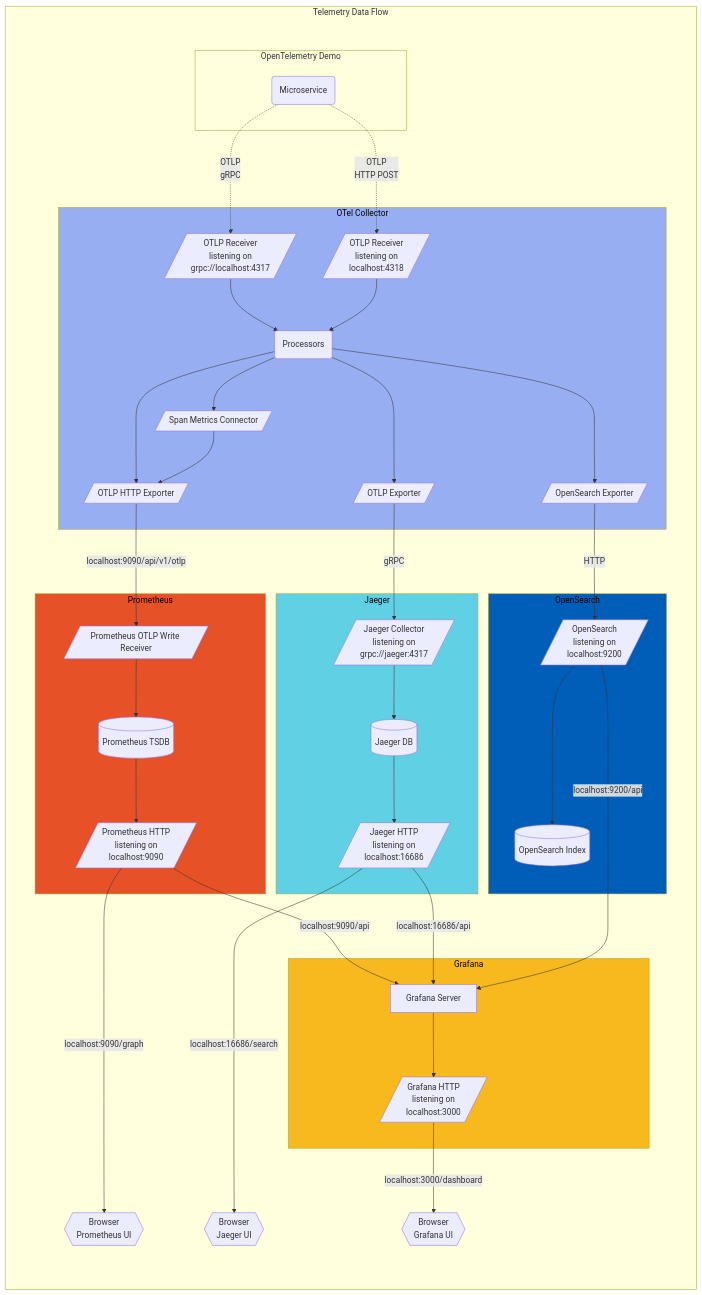
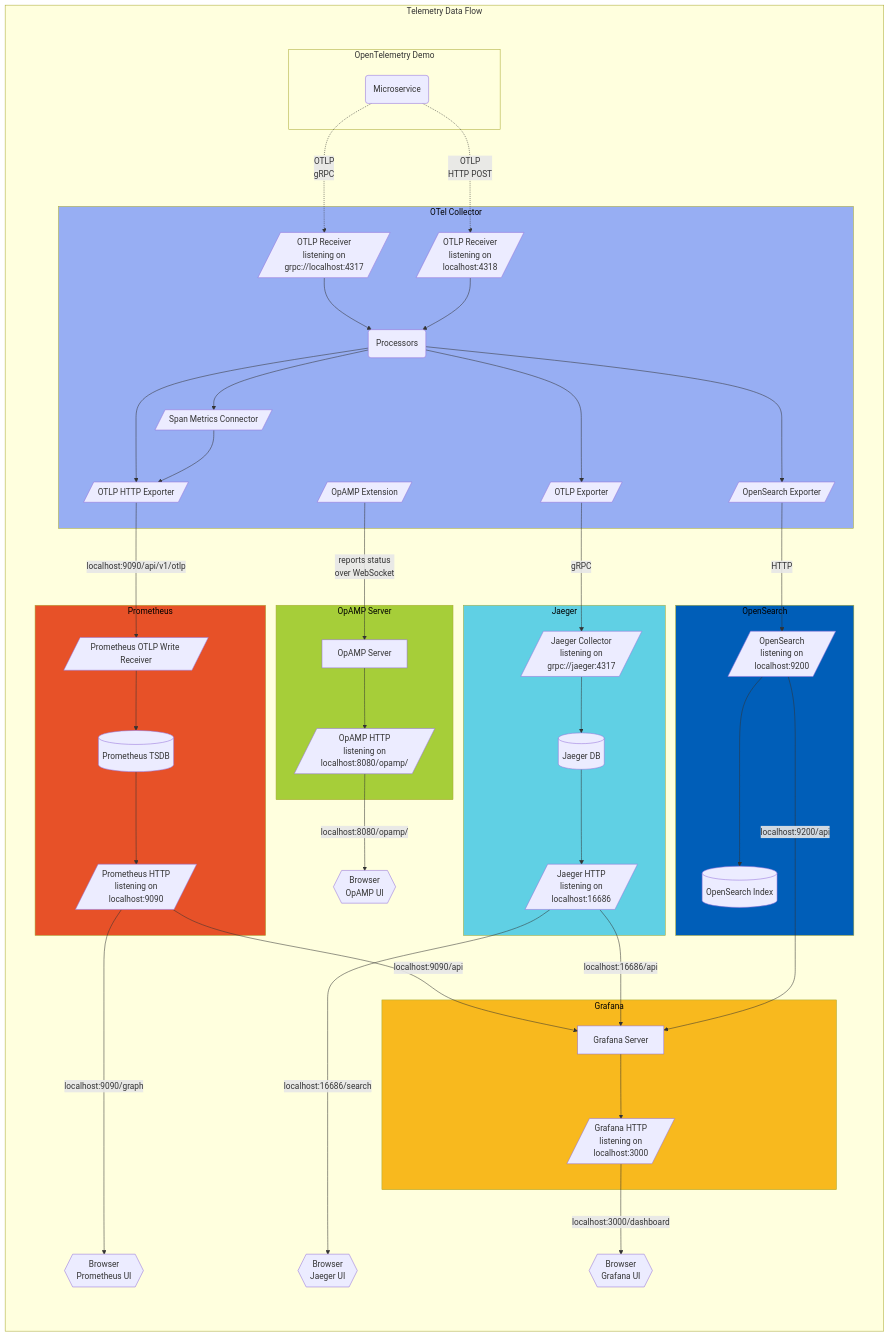
The third of 3 diagrams in content/en/docs/demo/architecture.md (open-telemetry/opentelemetry.io), drawn with Mermaid before and after one commit. The commit also changed 2 other files, not shown here.

Commit message:
Add self-observability dashboard docs and OpAMP diagram node

```diff
--- a/content/en/docs/demo/architecture.md
+++ b/content/en/docs/demo/architecture.md
@@ -175,11 +175,26 @@
             oc-proc --> oc-spanmetrics
             oc-spanmetrics --> oc-prom
 
+            oc-opamp[/"OpAMP Extension"/]
+
         end
 
         oc-prom -->|"localhost:9090/api/v1/otlp"| pr-sc
         oc-otlp -->|gRPC| ja-col
         oc-opensearch -->|HTTP| os-http
+
+        subgraph op[OpAMP Server]
+            style op fill:#a6ce39,color:black;
+            op-srv["OpAMP Server"]
+            op-http[/"OpAMP HTTP<br/>listening on<br/>localhost:8080/opamp/"/]
+
+            op-srv --> op-http
+        end
+
+        oc-opamp -->|"reports status<br/>over WebSocket"| op-srv
+
+        op-b{{"Browser<br/>OpAMP UI"}}
+        op-http -->|"localhost:8080/opamp/"| op-b
 
         subgraph pr[Prometheus]
             style pr fill:#e75128,color:black;
```
